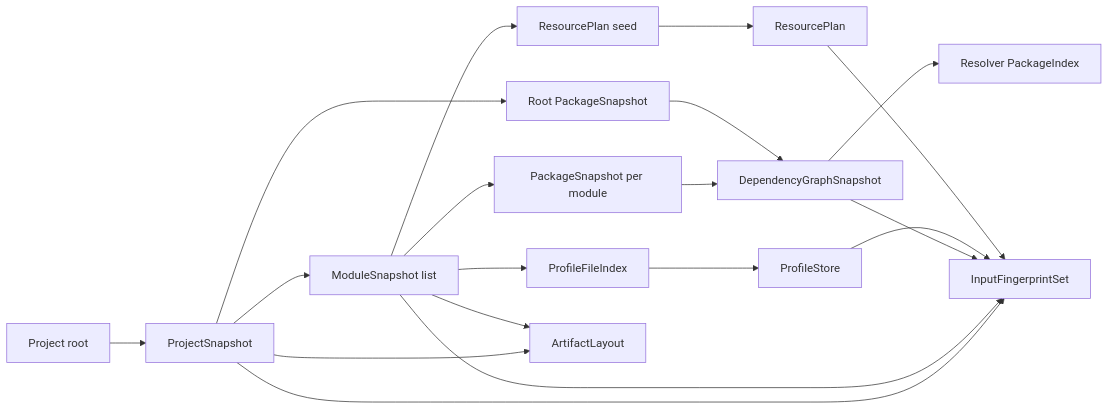
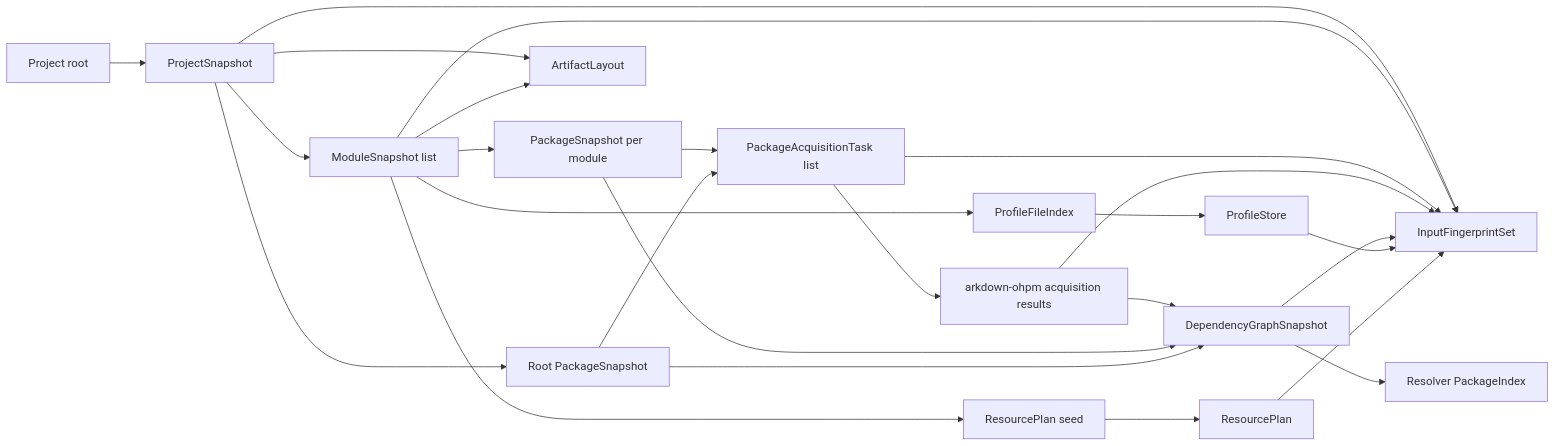
One commit to richerfu/arkdown changed the second of 4 diagrams in meta/tasks/SPEC-048-build-session-architecture-refactor.md. Above: the diagram before and after it, drawn with Mermaid. The commit also changed other lines of this file and 31 other files, not shown here.

````diff
--- a/meta/tasks/SPEC-048-build-session-architecture-refactor.md
+++ b/meta/tasks/SPEC-048-build-session-architecture-refactor.md
@@ -2035,21 +2198,27 @@
 ```mermaid
 flowchart LR
     A[Project root] --> B[ProjectSnapshot]
     B --> C[ModuleSnapshot list]
     B --> D[Root PackageSnapshot]
     C --> E[PackageSnapshot per module]
     C --> F[ProfileFileIndex]
     C --> G[ResourcePlan seed]
-    E --> H[DependencyGraphSnapshot]
+    E --> H[PackageAcquisitionTask list]
     D --> H
-    H --> I[Resolver PackageIndex]
+    H --> I[arkdown-ohpm acquisition results]
+    I --> N[DependencyGraphSnapshot]
+    E --> N
+    D --> N
+    N --> O[Resolver PackageIndex]
     F --> J[ProfileStore]
     G --> K[ResourcePlan]
     B --> L[ArtifactLayout]
     C --> L
     B --> M[InputFingerprintSet]
     C --> M
     H --> M
+    I --> M
+    N --> M
     J --> M
     K --> M
 ```
````
